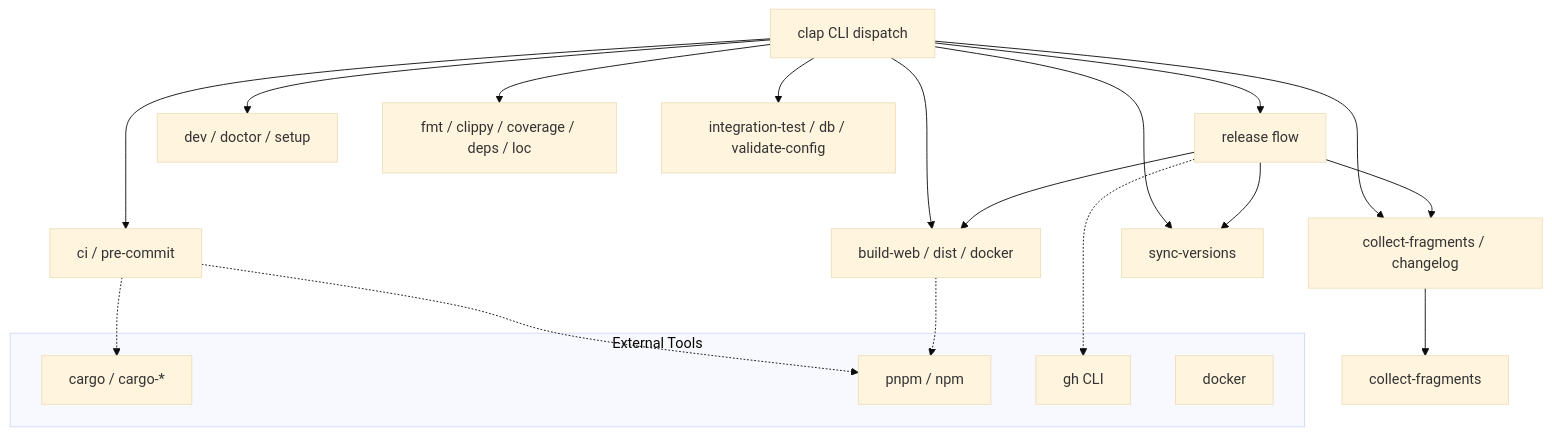
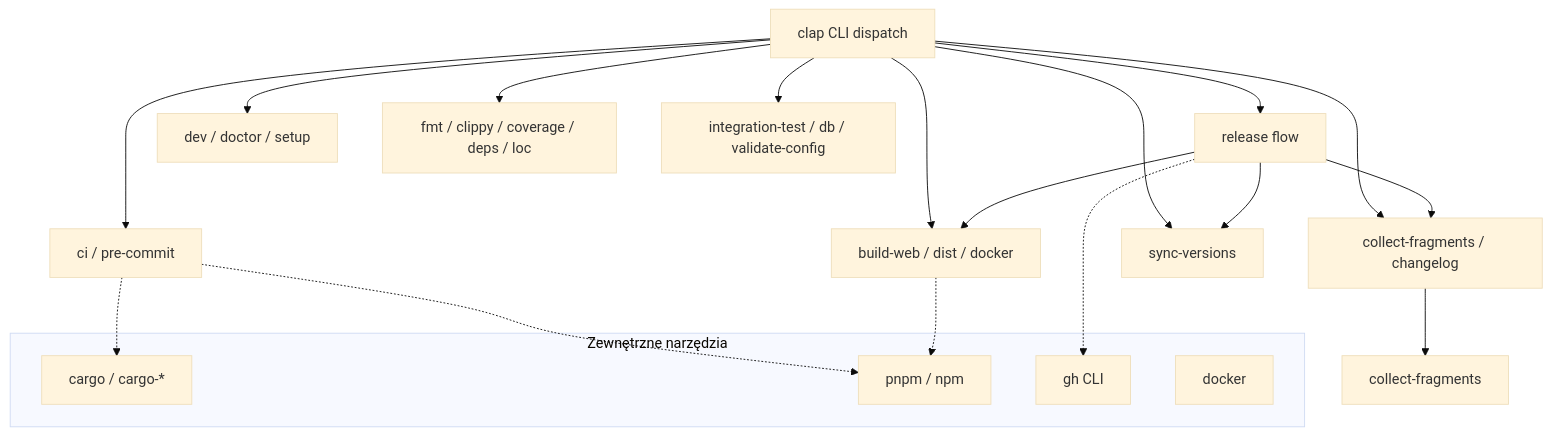
One commit to leszek3737/librefang-WIki changed the first of 2 diagrams in xtask-xtask.md. Above: the diagram before and after it, drawn with Mermaid (base theme). The commit also changed other lines of this file and 104 other files, not shown here.

````diff
--- a/xtask-xtask.md
+++ b/xtask-xtask.md
@@ -20,28 +20,28 @@
 ```mermaid
 graph TD
     CLI[clap CLI dispatch] --> Release[release flow]
     CLI --> CI[ci / pre-commit]
     CLI --> Build[build-web / dist / docker]
     CLI --> Changelog[collect-fragments / changelog]
     CLI --> Sync[sync-versions]
     CLI --> Dev[dev / doctor / setup]
     CLI --> QA[fmt / clippy / coverage / deps / loc]
     CLI --> Tests[integration-test / db / validate-config]
 
     Release --> Changelog
     Release --> Sync
     Release --> Build
     Changelog --> CollectFragments[collect-fragments]
 
-    subgraph "External Tools"
+    subgraph "Zewnętrzne narzędzia"
         Cargo[cargo / cargo-*]
         Pnpm[pnpm / npm]
         GH[gh CLI]
         Docker[docker]
     end
 
     Release -.-> GH
     CI -.-> Cargo
     CI -.-> Pnpm
     Build -.-> Pnpm
 ```
````
